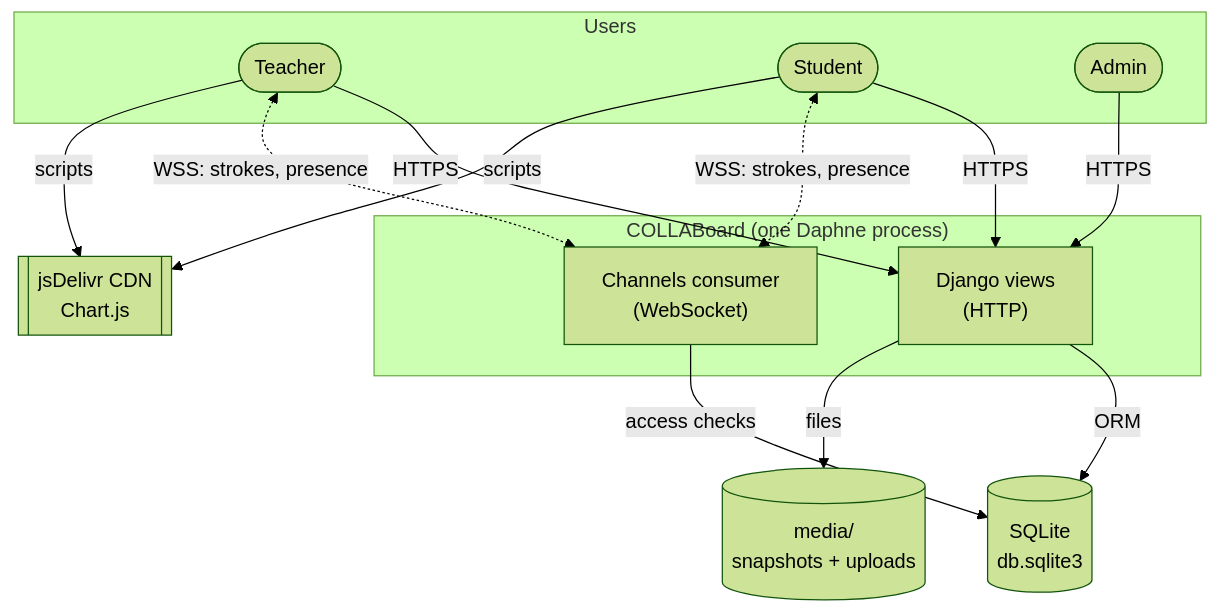
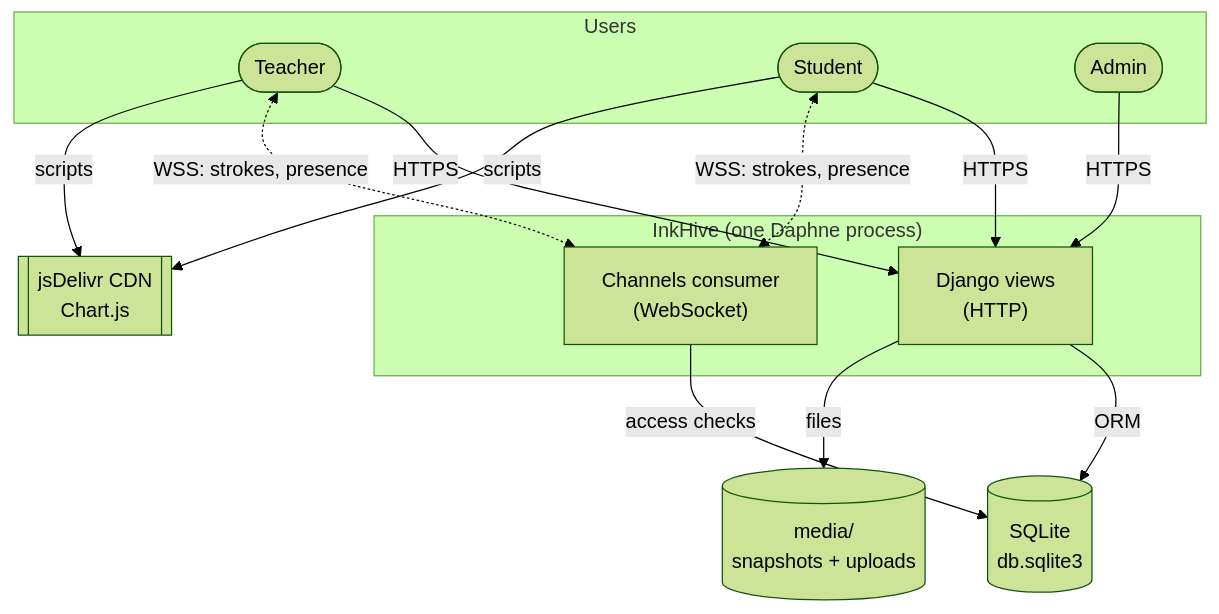
Before and after one commit to thatguyKire/InkHive: the first of 3 diagrams in docs/SRS.md, drawn with Mermaid (forest theme). The commit also changed other lines of this file and 96 other files, not shown here.

First line of the commit message:
Rename to InkHive, replace icons with own artwork, fix backup promise

````diff
--- a/docs/SRS.md
+++ b/docs/SRS.md
@@ -39,22 +39,22 @@
 ```mermaid
 flowchart TB
     subgraph Users
         T([Teacher])
         S([Student])
         A([Admin])
     end
-    subgraph COLLABoard["COLLABoard (one Daphne process)"]
+    subgraph InkHive["InkHive (one Daphne process)"]
         APP["Django views<br/>(HTTP)"]
         WS["Channels consumer<br/>(WebSocket)"]
     end
     DB[("SQLite<br/>db.sqlite3")]
     ST[("media/<br/>snapshots + uploads")]
     CDN[["jsDelivr CDN<br/>Chart.js"]]
 
     T & S & A -->|HTTPS| APP
     T & S <-.->|"WSS: strokes, presence"| WS
     APP -->|ORM| DB
     WS -->|"access checks"| DB
     APP -->|files| ST
     T & S -->|scripts| CDN
 ```
````
